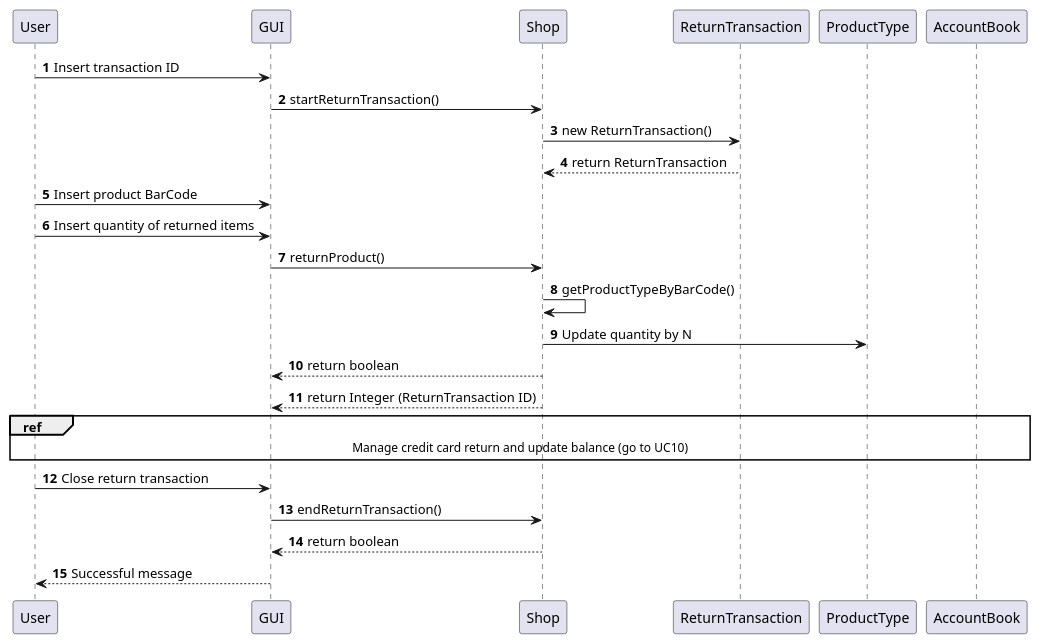
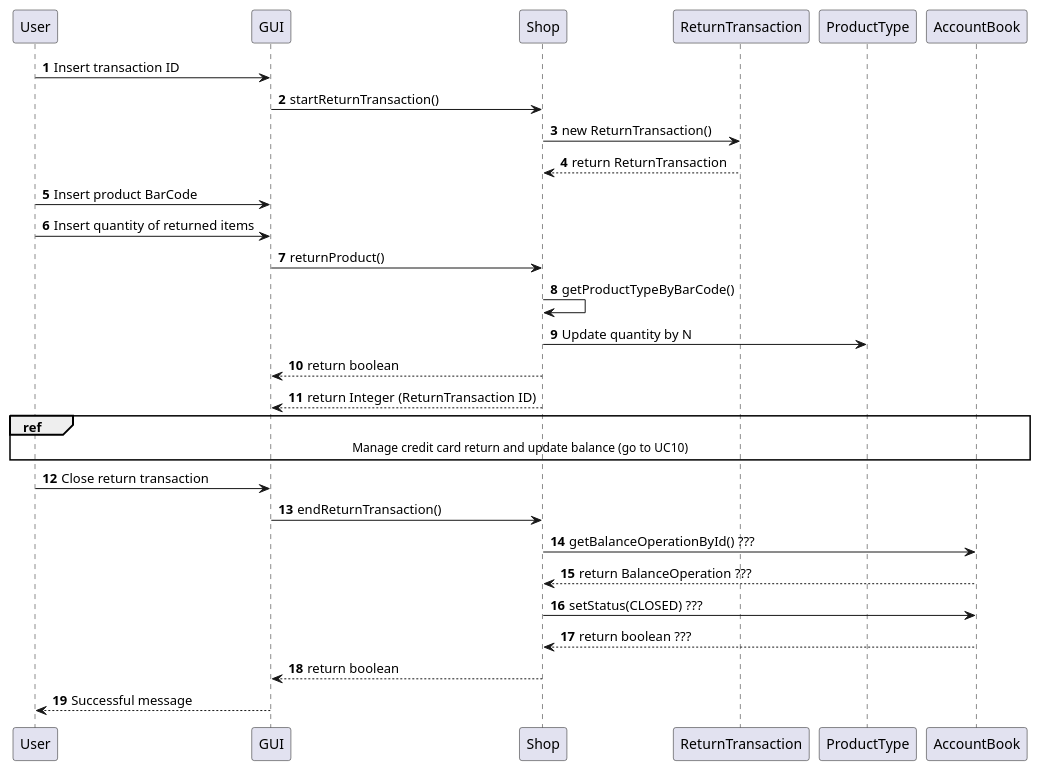
One commit to Stormz4/group20-EzShop changed diagram 15 of 19 in Deliverables/DesignDocument.md. Above: the diagram before and after it, drawn with PlantUML. The commit also changed other lines of this file, not shown here.

Commit message:
Doc: fixed sequence and class diagram

````diff
--- a/Deliverables/DesignDocument.md
+++ b/Deliverables/DesignDocument.md
@@ -526,23 +528,27 @@
 ```plantuml
 @startuml
 autonumber
 User -> GUI: Insert transaction ID
 GUI -> Shop: startReturnTransaction()
 Shop -> ReturnTransaction: new ReturnTransaction()
 ReturnTransaction --> Shop: return ReturnTransaction
 User -> GUI: Insert product BarCode
 User -> GUI: Insert quantity of returned items
 GUI -> Shop: returnProduct()
 Shop -> Shop: getProductTypeByBarCode()
 Shop -> ProductType: Update quantity by N
 Shop --> GUI: return boolean
 Shop --> GUI: return Integer (ReturnTransaction ID)
 ref over GUI, User, Shop, AccountBook
 Manage credit card return and update balance (go to UC10)
 end ref
 User -> GUI: Close return transaction
 GUI -> Shop: endReturnTransaction()
+Shop -> AccountBook: getBalanceOperationById() ???
+AccountBook --> Shop: return BalanceOperation ???
+Shop -> AccountBook: setStatus(CLOSED) ???
+AccountBook --> Shop: return boolean ???
 Shop --> GUI: return boolean
 GUI --> User: Successful message
 @enduml
 ```
````
